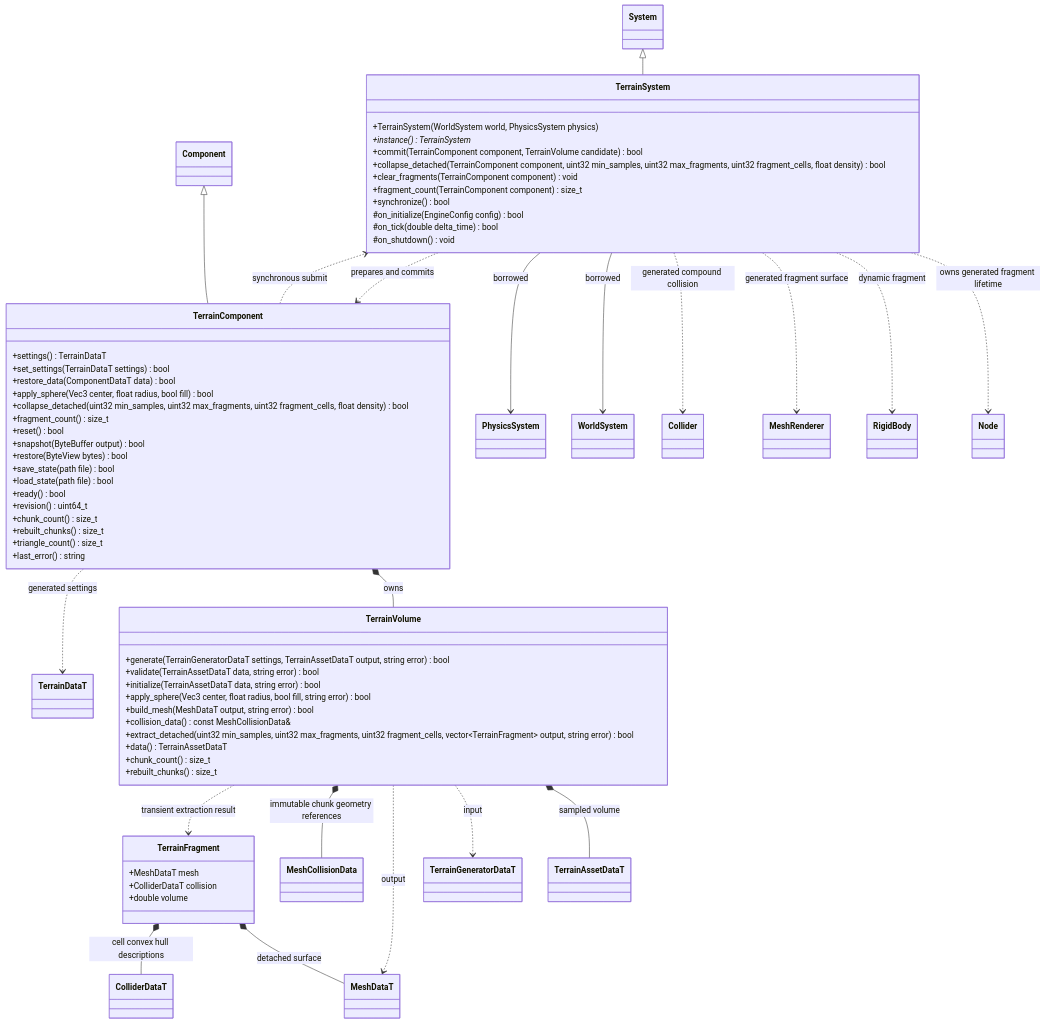
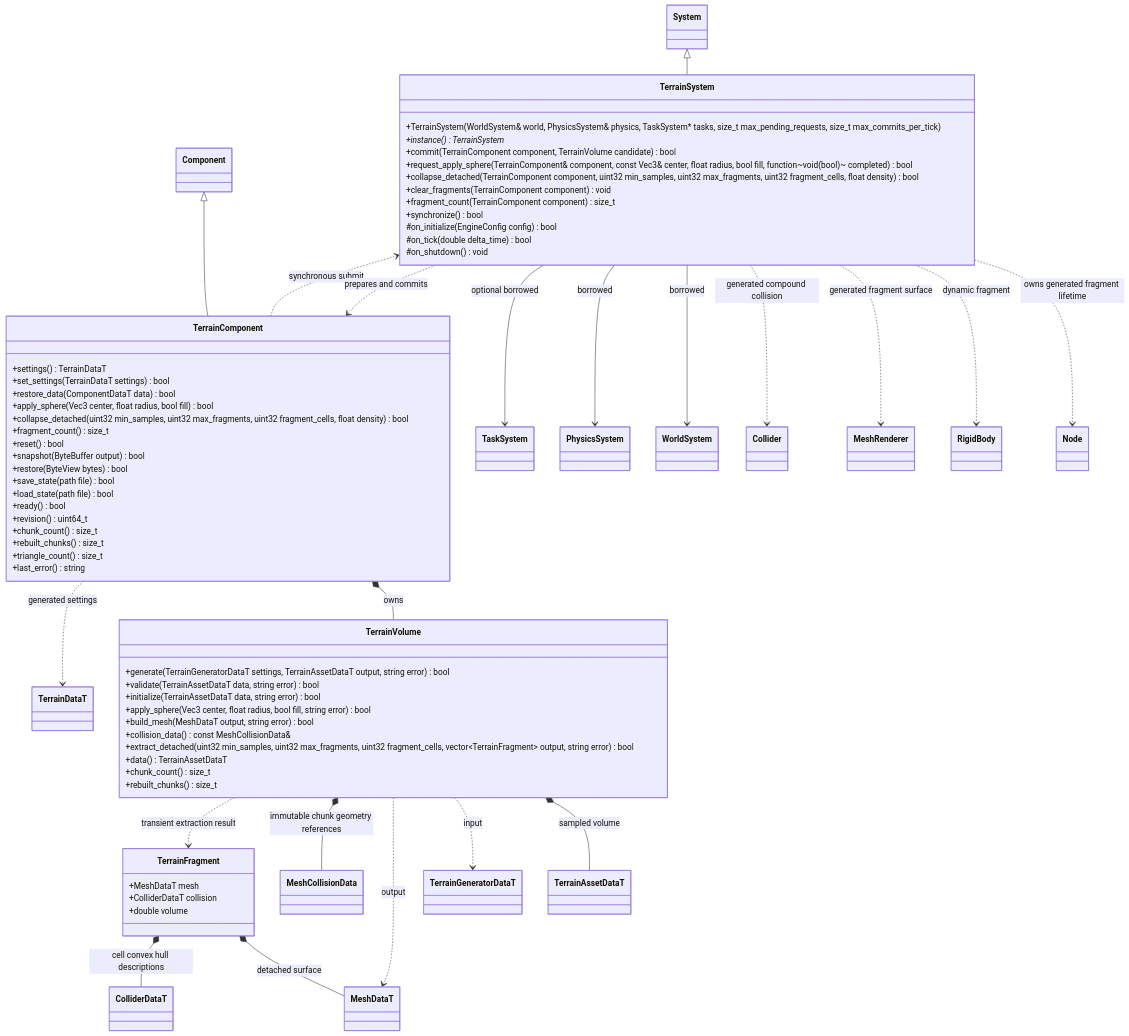
The diagram in docs/plugins/runtime/class-diagrams/terrain.md (lcals/Engine), drawn with Mermaid before and after one commit. The commit also changed other lines of this file and 135 other files, not shown here.

````diff
--- a/docs/plugins/runtime/class-diagrams/terrain.md
+++ b/docs/plugins/runtime/class-diagrams/terrain.md
@@ -7,78 +7,81 @@
 ```mermaid
 classDiagram
 class System
 class Component
 class WorldSystem
 class PhysicsSystem
+class TaskSystem
 class TerrainGeneratorDataT
 class TerrainAssetDataT
 class TerrainDataT
 class MeshDataT
 class TerrainFragment {
 +MeshDataT mesh
 +ColliderDataT collision
 +double volume
 }
 class TerrainVolume {
 +generate(TerrainGeneratorDataT settings, TerrainAssetDataT output, string error) bool
 +validate(TerrainAssetDataT data, string error) bool
 +initialize(TerrainAssetDataT data, string error) bool
 +apply_sphere(Vec3 center, float radius, bool fill, string error) bool
 +build_mesh(MeshDataT output, string error) bool
 +collision_data() const MeshCollisionData&
 +extract_detached(uint32 min_samples, uint32 max_fragments, uint32 fragment_cells, vector~TerrainFragment~ output, string error) bool
 +data() TerrainAssetDataT
 +chunk_count() size_t
 +rebuilt_chunks() size_t
 }
 class TerrainComponent {
 +settings() TerrainDataT
 +set_settings(TerrainDataT settings) bool
 +restore_data(ComponentDataT data) bool
 +apply_sphere(Vec3 center, float radius, bool fill) bool
 +collapse_detached(uint32 min_samples, uint32 max_fragments, uint32 fragment_cells, float density) bool
 +fragment_count() size_t
 +reset() bool
 +snapshot(ByteBuffer output) bool
 +restore(ByteView bytes) bool
 +save_state(path file) bool
 +load_state(path file) bool
 +ready() bool
 +revision() uint64_t
 +chunk_count() size_t
 +rebuilt_chunks() size_t
 +triangle_count() size_t
 +last_error() string
 }
 class TerrainSystem {
-+TerrainSystem(WorldSystem world, PhysicsSystem physics)
++TerrainSystem(WorldSystem& world, PhysicsSystem& physics, TaskSystem* tasks, size_t max_pending_requests, size_t max_commits_per_tick)
 +instance() TerrainSystem*
 +commit(TerrainComponent component, TerrainVolume candidate) bool
++request_apply_sphere(TerrainComponent& component, const Vec3& center, float radius, bool fill, function~void(bool)~ completed) bool
 +collapse_detached(TerrainComponent component, uint32 min_samples, uint32 max_fragments, uint32 fragment_cells, float density) bool
 +clear_fragments(TerrainComponent component) void
 +fragment_count(TerrainComponent component) size_t
 +synchronize() bool
 #on_initialize(EngineConfig config) bool
 #on_tick(double delta_time) bool
 #on_shutdown() void
 }
 System <|-- TerrainSystem
 Component <|-- TerrainComponent
 TerrainComponent *-- TerrainVolume : owns
 TerrainVolume *-- TerrainAssetDataT : sampled volume
 TerrainVolume ..> TerrainGeneratorDataT : input
 TerrainVolume ..> MeshDataT : output
 TerrainVolume *-- MeshCollisionData : immutable chunk geometry references
 TerrainVolume ..> TerrainFragment : transient extraction result
 TerrainFragment *-- MeshDataT : detached surface
 TerrainFragment *-- ColliderDataT : cell convex hull descriptions
 TerrainSystem ..> Node : owns generated fragment lifetime
 TerrainSystem ..> RigidBody : dynamic fragment
 TerrainSystem ..> MeshRenderer : generated fragment surface
 TerrainSystem ..> Collider : generated compound collision
 TerrainComponent ..> TerrainDataT : generated settings
 TerrainComponent ..> TerrainSystem : synchronous submit
 TerrainSystem --> WorldSystem : borrowed
 TerrainSystem --> PhysicsSystem : borrowed
+TerrainSystem --> TaskSystem : optional borrowed
 TerrainSystem ..> TerrainComponent : prepares and commits
 ```
````
